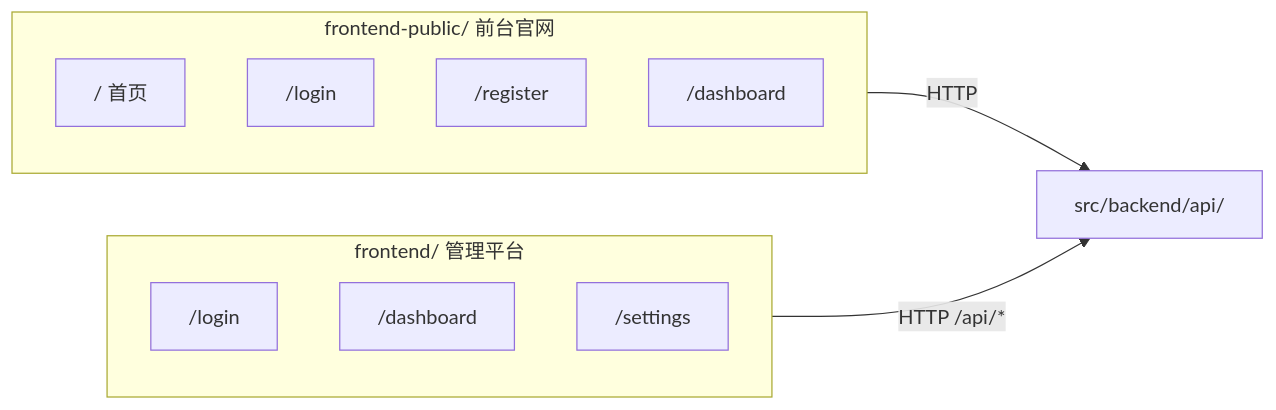
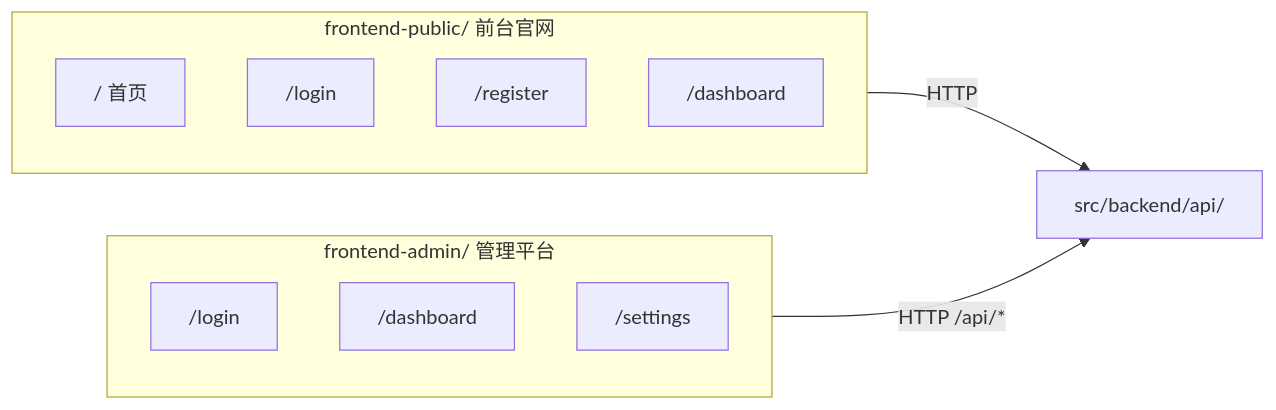
The first of 4 diagrams in docs/architecture/frontend-architecture.md (zata-zhangtao/zata-codes-template), drawn with Mermaid before and after one commit. The commit also changed other lines of this file and 289 other files, not shown here.

First line of the commit message:
refactor(repo): rename frontend/ to frontend-admin/

````diff
--- a/docs/architecture/frontend-architecture.md
+++ b/docs/architecture/frontend-architecture.md
@@ -19,18 +19,18 @@
 ```mermaid
 flowchart LR
     subgraph Public["frontend-public/ 前台官网"]
         P_HOME["/ 首页"]
         P_LOGIN["/login"]
         P_REGISTER["/register"]
         P_DASHBOARD["/dashboard"]
     end
 
-    subgraph Admin["frontend/ 管理平台"]
+    subgraph Admin["frontend-admin/ 管理平台"]
         A_LOGIN["/login"]
         A_DASHBOARD["/dashboard"]
         A_SETTINGS["/settings"]
     end
 
     Public -->|HTTP| Backend["src/backend/api/"]
     Admin -->|HTTP /api/*| Backend
 ```
````
